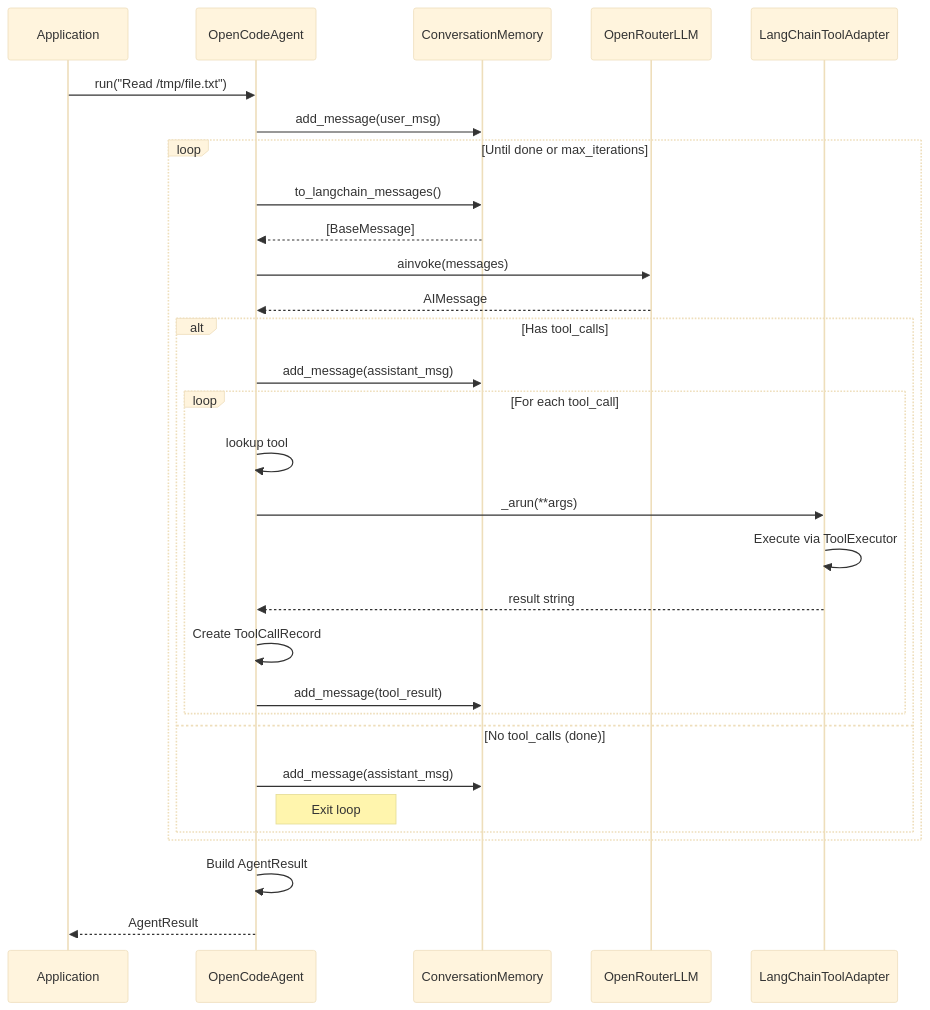
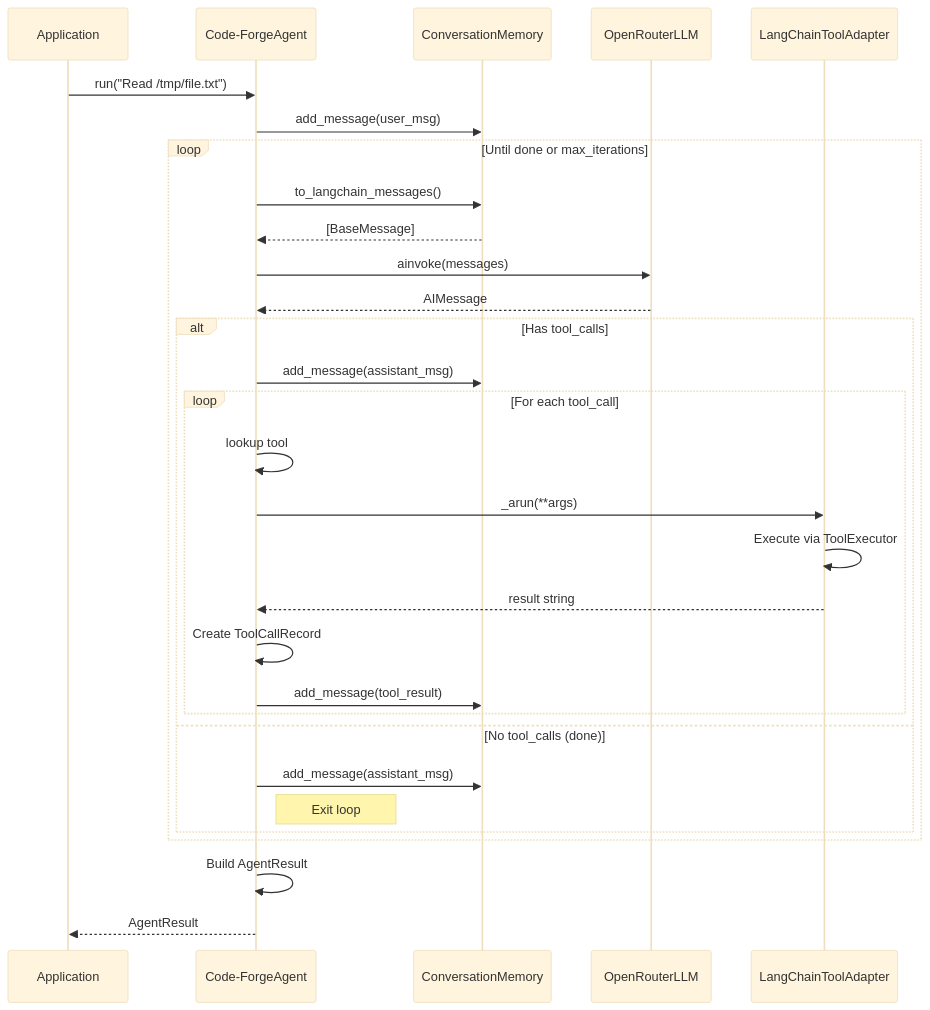
Before and after one commit to corey-rosamond/Code-Forge: the seventh of 14 diagrams in .ai/phase/3.2/UML.md, drawn with Mermaid (base theme). The commit also changed other lines of this file and 505 other files, not shown here.

First line of the commit message:
Rename project from OpenCode to Code-Forge

````diff
--- a/.ai/phase/3.2/UML.md
+++ b/.ai/phase/3.2/UML.md
@@ -329,40 +329,40 @@
 ```mermaid
 sequenceDiagram
     participant App as Application
-    participant Agent as OpenCodeAgent
+    participant Agent as Code-ForgeAgent
     participant Memory as ConversationMemory
     participant LLM as OpenRouterLLM
     participant Tool as LangChainToolAdapter
 
     App->>Agent: run("Read /tmp/file.txt")
 
     Agent->>Memory: add_message(user_msg)
 
     loop Until done or max_iterations
         Agent->>Memory: to_langchain_messages()
         Memory-->>Agent: [BaseMessage]
 
         Agent->>LLM: ainvoke(messages)
         LLM-->>Agent: AIMessage
 
         alt Has tool_calls
             Agent->>Memory: add_message(assistant_msg)
 
             loop For each tool_call
                 Agent->>Agent: lookup tool
                 Agent->>Tool: _arun(**args)
                 Tool->>Tool: Execute via ToolExecutor
                 Tool-->>Agent: result string
 
                 Agent->>Agent: Create ToolCallRecord
                 Agent->>Memory: add_message(tool_result)
             end
         else No tool_calls (done)
             Agent->>Memory: add_message(assistant_msg)
             Note right of Agent: Exit loop
         end
     end
 
     Agent->>Agent: Build AgentResult
     Agent-->>App: AgentResult
 ```
````
